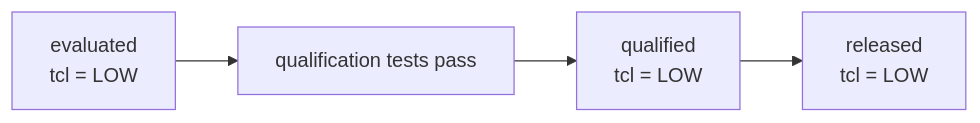
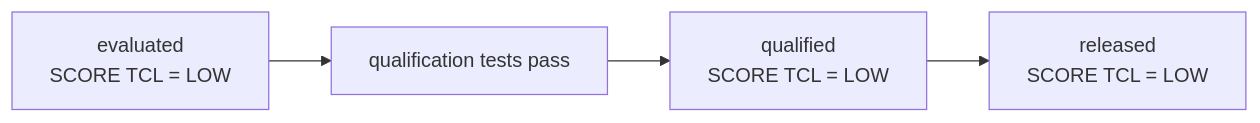
Diagram 11 of 14 in docs/how-to/perform_tool_verification.md (etas-contrib/score_docs-as-code), drawn with Mermaid before and after one commit. The commit also changed other lines of this file and 11 other files, not shown here.

````diff
--- a/docs/how-to/perform_tool_verification.md
+++ b/docs/how-to/perform_tool_verification.md
@@ -925,6 +943,6 @@
 ```{mermaid}
 flowchart LR
-    A["evaluated<br/>tcl = LOW"] --> B["qualification tests pass"]
-    B --> C["qualified<br/>tcl = LOW"]
-    C --> D["released<br/>tcl = LOW"]
+    A["evaluated<br/>SCORE TCL = LOW"] --> B["qualification tests pass"]
+    B --> C["qualified<br/>SCORE TCL = LOW"]
+    C --> D["released<br/>SCORE TCL = LOW"]
 ```
````
